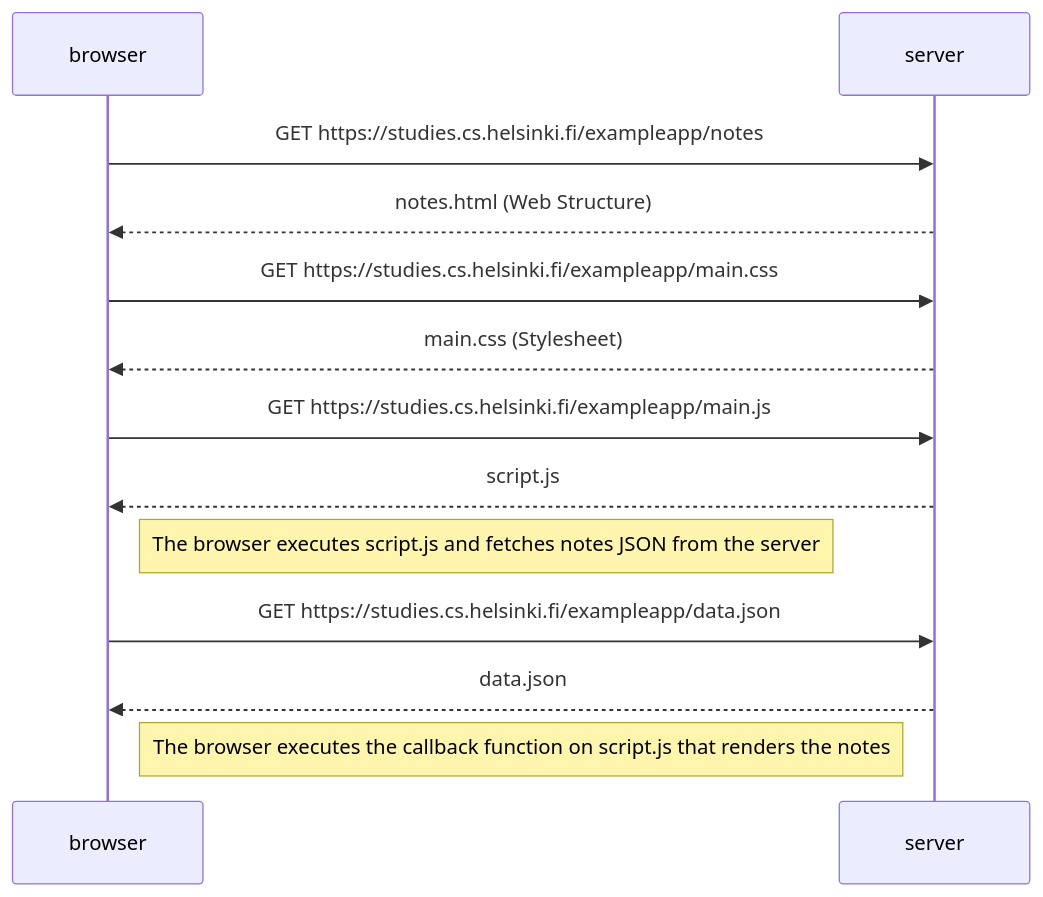
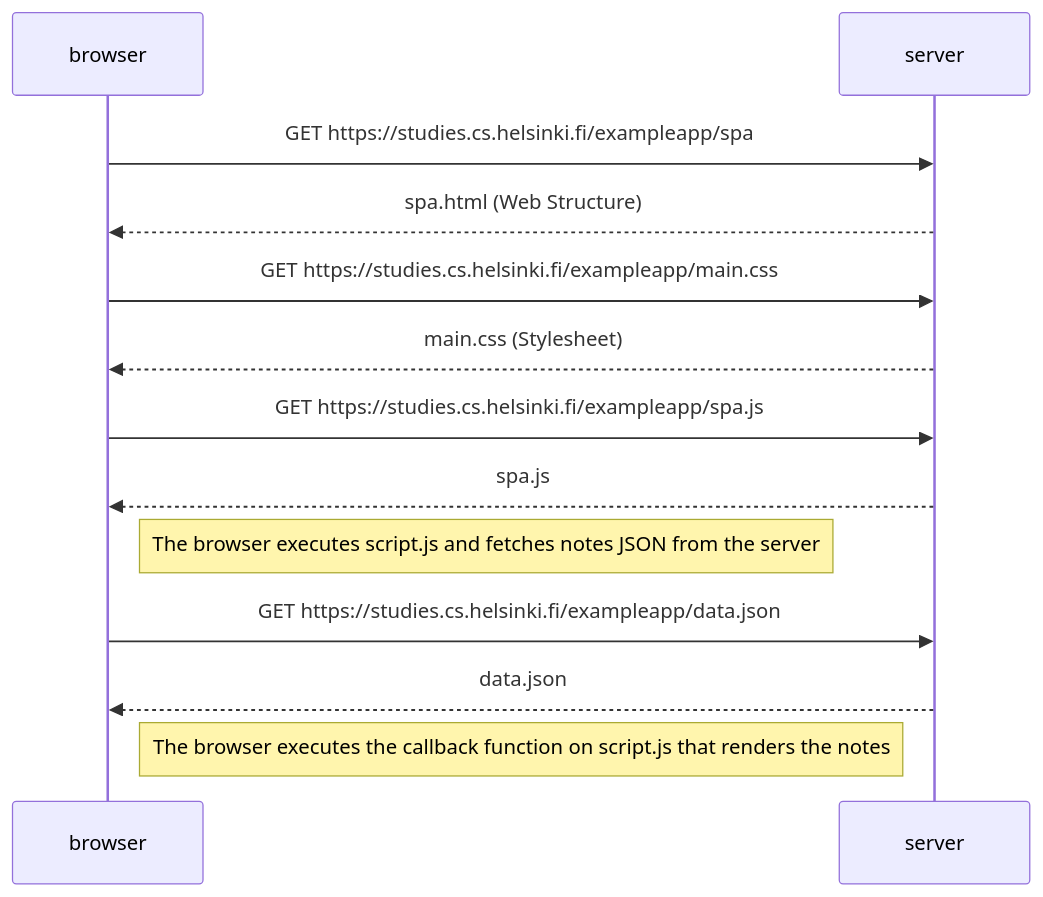
The diagram in part0/05-Single page app diagram.md (fecfecfec/fullstackopen-helsinki), drawn with Mermaid before and after one commit.

Commit message:
Fixed typos.

````diff
--- a/part0/05-Single page app diagram.md
+++ b/part0/05-Single page app diagram.md
@@ -1,21 +1,21 @@
 ```mermaid
 sequenceDiagram
     participant browser
     participant server
 
-    browser->>server: GET https://studies.cs.helsinki.fi/exampleapp/notes
-    server-->>browser: notes.html (Web Structure)
+    browser->>server: GET https://studies.cs.helsinki.fi/exampleapp/spa
+    server-->>browser: spa.html (Web Structure)
 
     browser->>server: GET https://studies.cs.helsinki.fi/exampleapp/main.css
     server-->>browser: main.css (Stylesheet)
 
-    browser->>server: GET https://studies.cs.helsinki.fi/exampleapp/main.js
-    server-->>browser: script.js
+    browser->>server: GET https://studies.cs.helsinki.fi/exampleapp/spa.js
+    server-->>browser: spa.js
 
     Note right of browser: The browser executes script.js and fetches notes JSON from the server
 
     browser->>server: GET https://studies.cs.helsinki.fi/exampleapp/data.json
     server-->>browser: data.json
 
     Note right of browser: The browser executes the callback function on script.js that renders the notes
 ```
````
